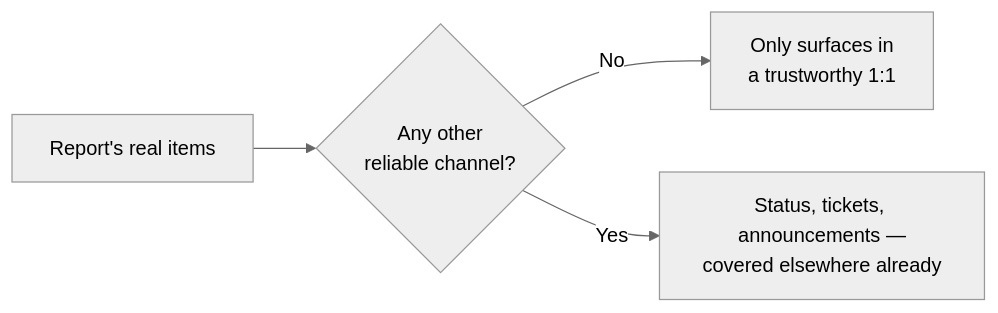
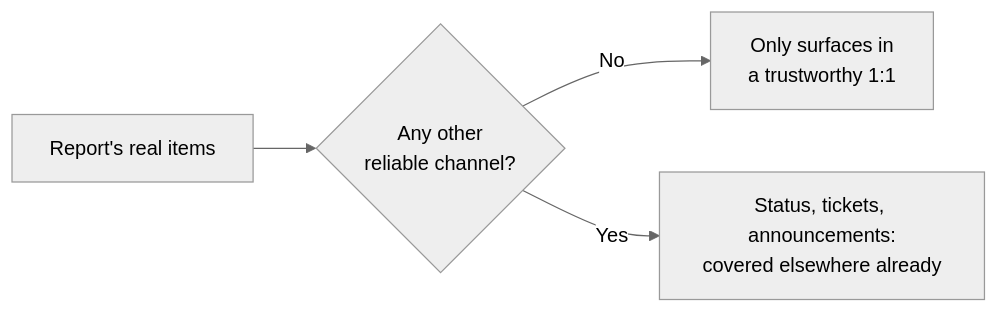
Before and after one commit to francoandreDev/knowledge: the first of 2 diagrams in src/content/people-management/one-on-one/L1-summary.mdx, drawn with Mermaid (neutral theme). The commit also changed other lines of this file and 16 other files, not shown here.

````diff
--- a/src/content/people-management/one-on-one/L1-summary.mdx
+++ b/src/content/people-management/one-on-one/L1-summary.mdx
@@ -70,6 +72,6 @@
 ```mermaid
 flowchart LR
     Report["Report's real items"] --> Outlet{"Any other\nreliable channel?"}
     Outlet -- "No" --> OneOnOne["Only surfaces in\na trustworthy 1:1"]
-    Outlet -- "Yes" --> Elsewhere["Status, tickets, announcements —\ncovered elsewhere already"]
+    Outlet -- "Yes" --> Elsewhere["Status, tickets, announcements:\ncovered elsewhere already"]
 ```
````
